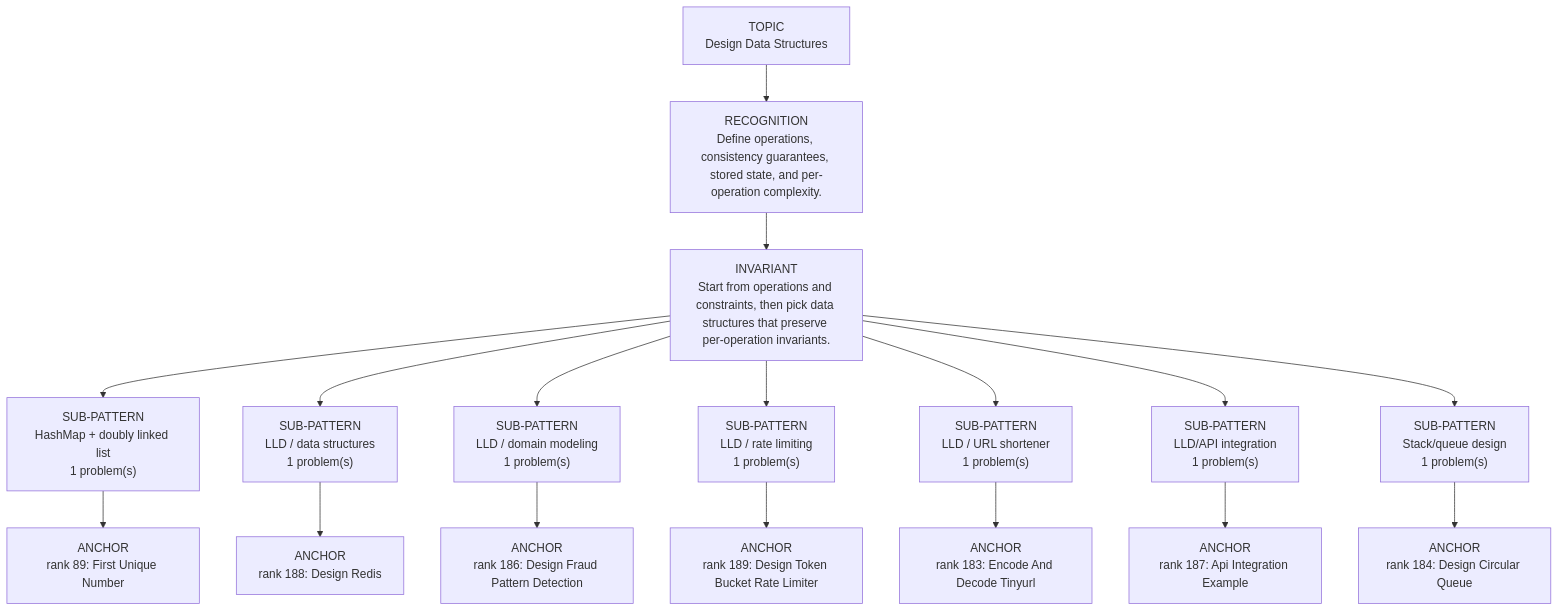
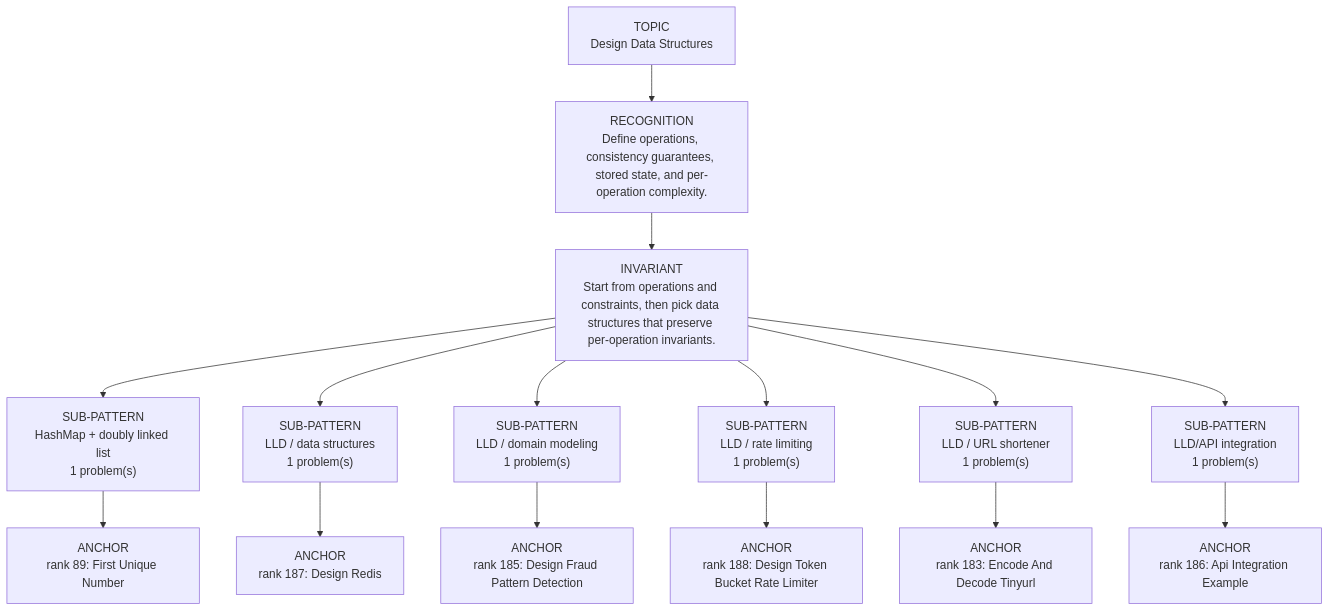
One commit to thechiranjeevjain/DSA10days changed the diagram in dsa-review/interview/patterns/19_design_lld.md. Above: the diagram before and after it, drawn with Mermaid. The commit also changed other lines of this file and 51 other files, not shown here.

````diff
--- a/dsa-review/interview/patterns/19_design_lld.md
+++ b/dsa-review/interview/patterns/19_design_lld.md
@@ -15,21 +15,19 @@
 ```mermaid
 flowchart TD
   Topic["TOPIC<br/>Design Data Structures"]
   Recognition["RECOGNITION<br/>Define operations, consistency guarantees, stored state, and per-operation complexity."]
   Invariant["INVARIANT<br/>Start from operations and constraints, then pick data structures that preserve per-operation invariants."]
   Topic --> Recognition --> Invariant
   Invariant --> Sub01["SUB-PATTERN<br/>HashMap + doubly linked list<br/>1 problem(s)"]
   Sub01 --> Sub01A01["ANCHOR<br/>rank 89: First Unique Number"]
   Invariant --> Sub02["SUB-PATTERN<br/>LLD / data structures<br/>1 problem(s)"]
-  Sub02 --> Sub02A01["ANCHOR<br/>rank 188: Design Redis"]
+  Sub02 --> Sub02A01["ANCHOR<br/>rank 187: Design Redis"]
   Invariant --> Sub03["SUB-PATTERN<br/>LLD / domain modeling<br/>1 problem(s)"]
-  Sub03 --> Sub03A01["ANCHOR<br/>rank 186: Design Fraud Pattern Detection"]
+  Sub03 --> Sub03A01["ANCHOR<br/>rank 185: Design Fraud Pattern Detection"]
   Invariant --> Sub04["SUB-PATTERN<br/>LLD / rate limiting<br/>1 problem(s)"]
-  Sub04 --> Sub04A01["ANCHOR<br/>rank 189: Design Token Bucket Rate Limiter"]
+  Sub04 --> Sub04A01["ANCHOR<br/>rank 188: Design Token Bucket Rate Limiter"]
   Invariant --> Sub05["SUB-PATTERN<br/>LLD / URL shortener<br/>1 problem(s)"]
   Sub05 --> Sub05A01["ANCHOR<br/>rank 183: Encode And Decode Tinyurl"]
   Invariant --> Sub06["SUB-PATTERN<br/>LLD/API integration<br/>1 problem(s)"]
-  Sub06 --> Sub06A01["ANCHOR<br/>rank 187: Api Integration Example"]
-  Invariant --> Sub07["SUB-PATTERN<br/>Stack/queue design<br/>1 problem(s)"]
-  Sub07 --> Sub07A01["ANCHOR<br/>rank 184: Design Circular Queue"]
+  Sub06 --> Sub06A01["ANCHOR<br/>rank 186: Api Integration Example"]
 ```
````
